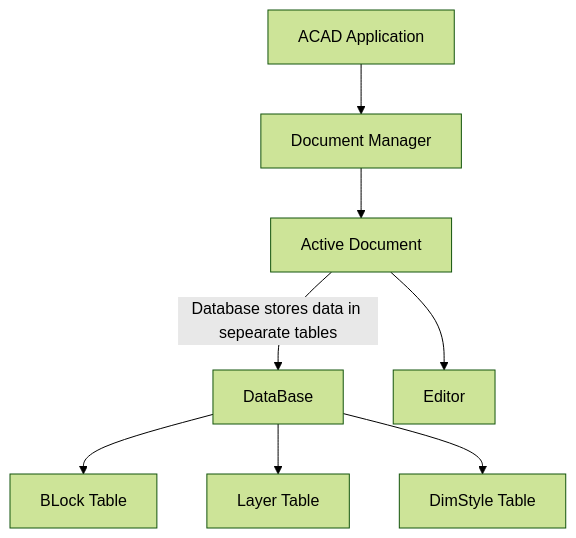
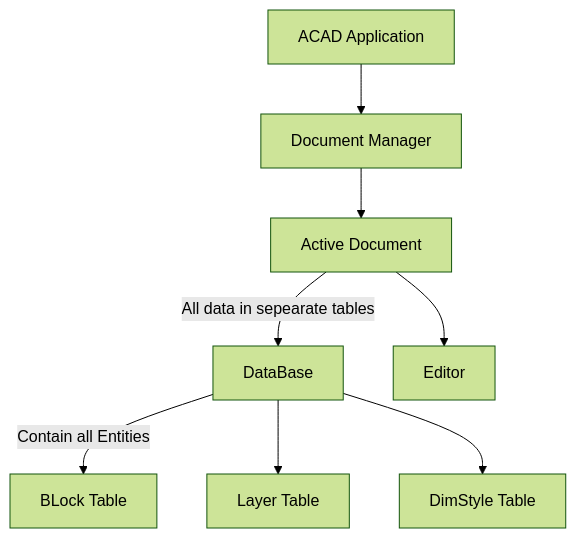
One commit to NodesAutomations/CSharp changed the diagram in Autocad/Doc/AutoCAD Object Model.md. Above: the diagram before and after it, drawn with Mermaid (forest theme).

Commit message:
Update AutoCAD Object Model.md

````diff
--- a/Autocad/Doc/AutoCAD Object Model.md
+++ b/Autocad/Doc/AutoCAD Object Model.md
@@ -2,10 +2,10 @@
 ```mermaid
 graph TD
 A[ACAD Application]-->B[Document Manager]
 B-->C[Active Document]
-C-->|Database stores data in sepearate tables|D[DataBase]
+C-->|All data in sepearate tables|D[DataBase]
 C-->E[Editor]
-D-->F[BLock Table]
+D-->|Contain all Entities|F[BLock Table]
 D-->G[Layer Table]
 D-->H[DimStyle Table]
 ```
````
